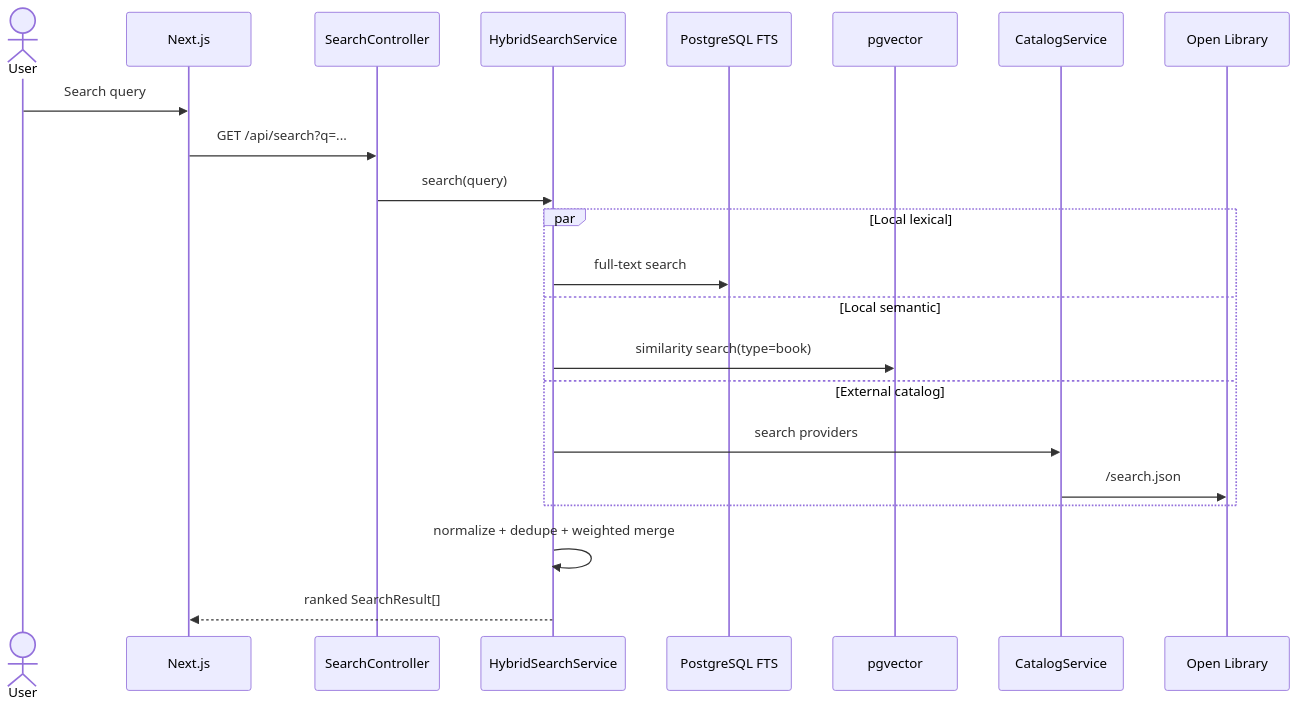
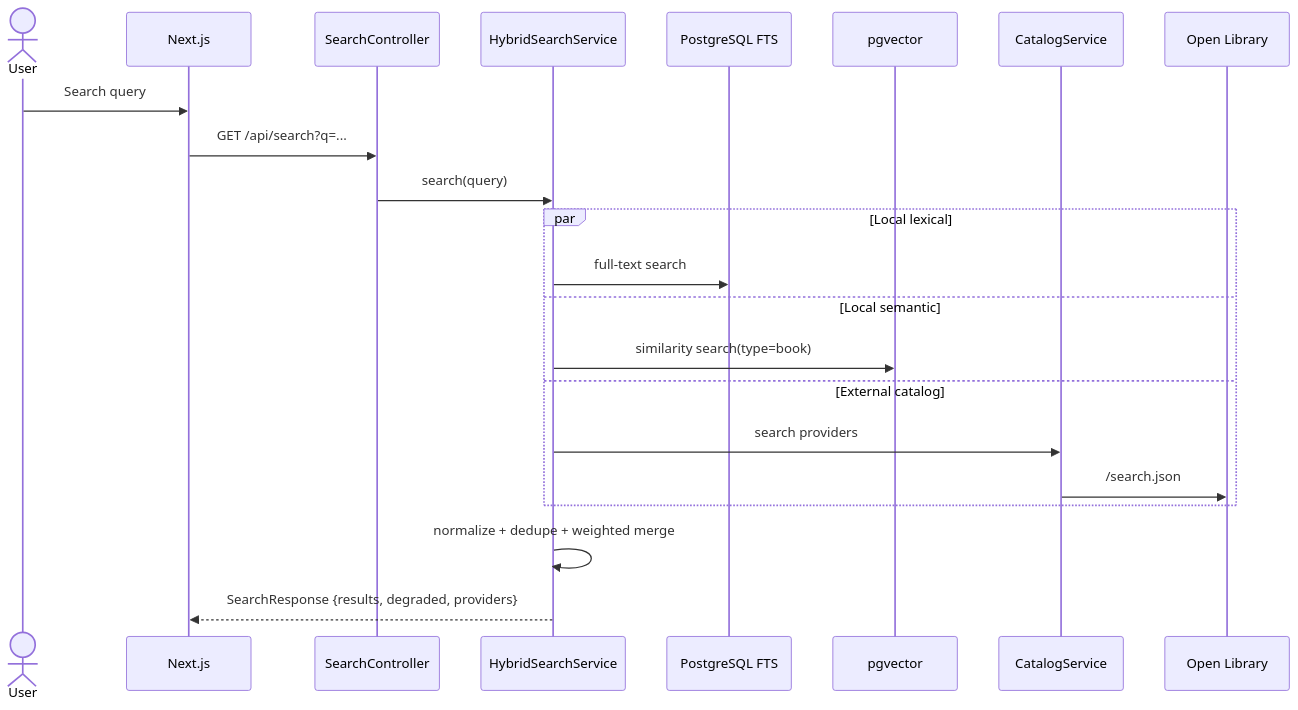
The third of 4 diagrams in docs/02-architecture.md (mathfrancisco/ai-library-plataform-mvp), drawn with Mermaid before and after one commit. The commit also changed other lines of this file and 6 other files, not shown here.

First line of the commit message:
docs: README, env example, architecture, domain model and API contract (SPEC-07)

````diff
--- a/docs/02-architecture.md
+++ b/docs/02-architecture.md
@@ -71,25 +74,25 @@
 ```mermaid
 sequenceDiagram
   actor User
   participant UI as Next.js
   participant Search as SearchController
   participant Hybrid as HybridSearchService
   participant DB as PostgreSQL FTS
   participant Vec as pgvector
   participant Catalog as CatalogService
   participant OL as Open Library
 
   User->>UI: Search query
   UI->>Search: GET /api/search?q=...
   Search->>Hybrid: search(query)
   par Local lexical
     Hybrid->>DB: full-text search
   and Local semantic
     Hybrid->>Vec: similarity search(type=book)
   and External catalog
     Hybrid->>Catalog: search providers
     Catalog->>OL: /search.json
   end
   Hybrid->>Hybrid: normalize + dedupe + weighted merge
-  Hybrid-->>UI: ranked SearchResult[]
+  Hybrid-->>UI: SearchResponse {results, degraded, providers}
 ```
````
